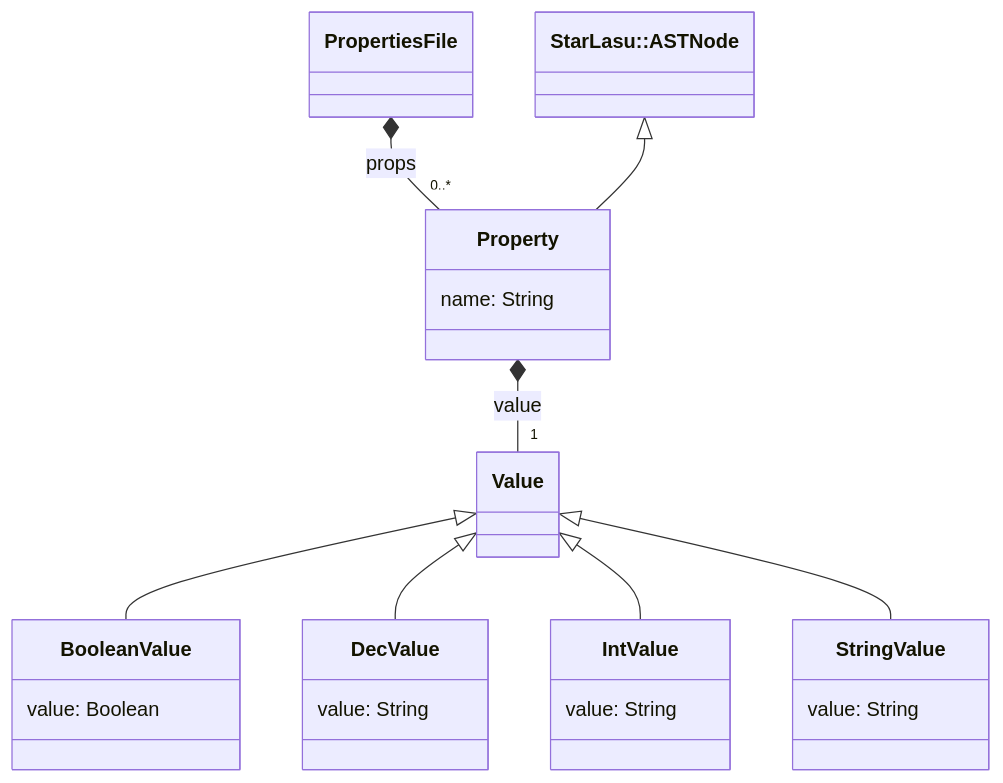
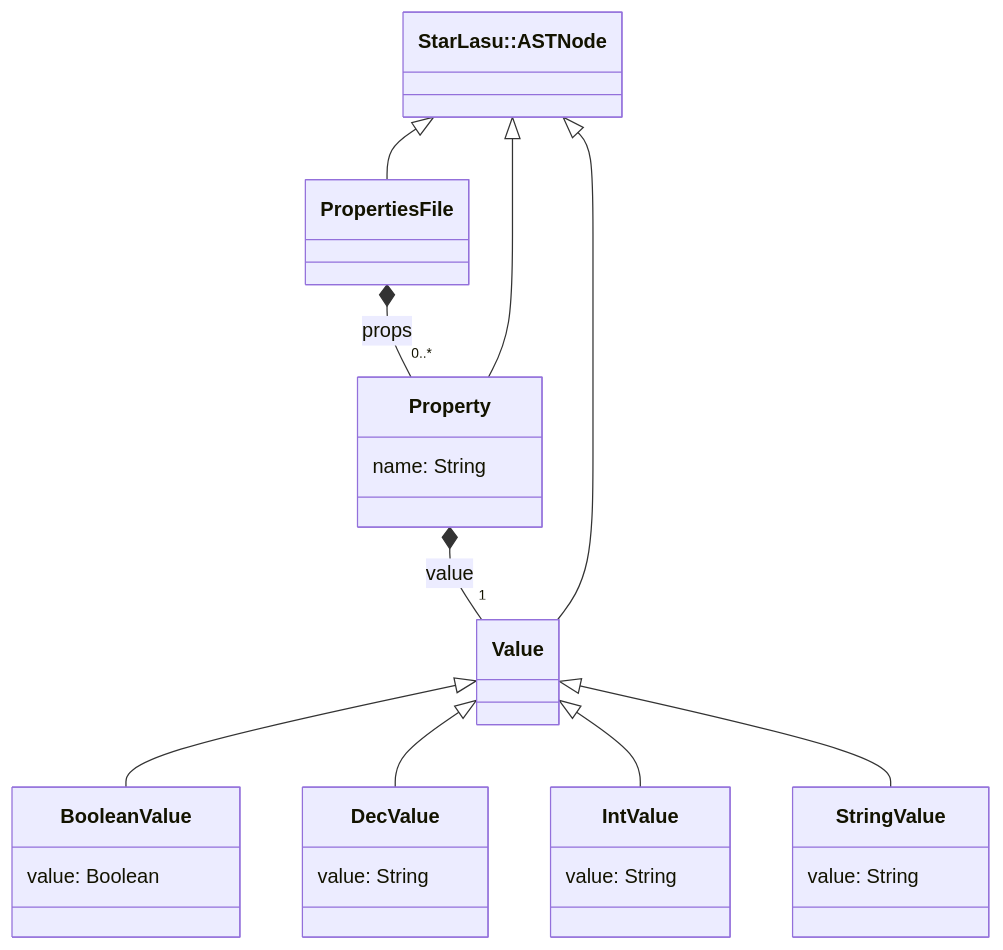
The diagram in Readme.md (LionWeb-io/mps-meetup-2023), drawn with Mermaid before and after one commit.

Commit message:
fixed missing ASTNode subclassing relations

````diff
--- a/Readme.md
+++ b/Readme.md
@@ -13,43 +13,46 @@
 ```mermaid
 classDiagram
 
+    class ASTNode["StarLasu::ASTNode"]
+
 class PropertiesFile
 
+ASTNode <|-- PropertiesFile
 PropertiesFile *-- "0..*" Property: props 
 
 class Property {
     name: String
 }
 
-class ASTNode["StarLasu::ASTNode"]
-
 ASTNode <|-- Property
 
 Property *-- "1" Value: value
 
 class Value
+
+ASTNode <|-- Value
 
 class BooleanValue {
     value: Boolean
 }
 
 Value <|-- BooleanValue
 
 class DecValue {
     value: String
 }
 
 Value <|-- DecValue
 
 class IntValue {
     value: String
 }
 
 Value <|-- IntValue
 
 class StringValue {
     value: String
 }
 
 Value <|-- StringValue
 ```
````
